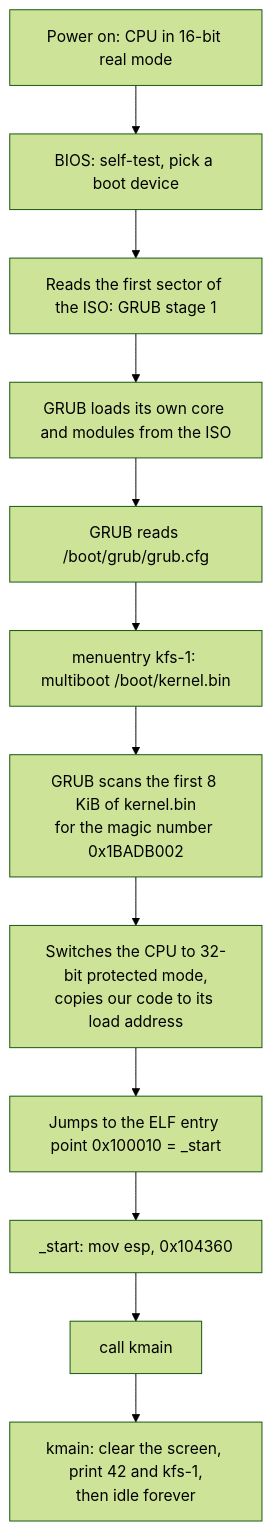
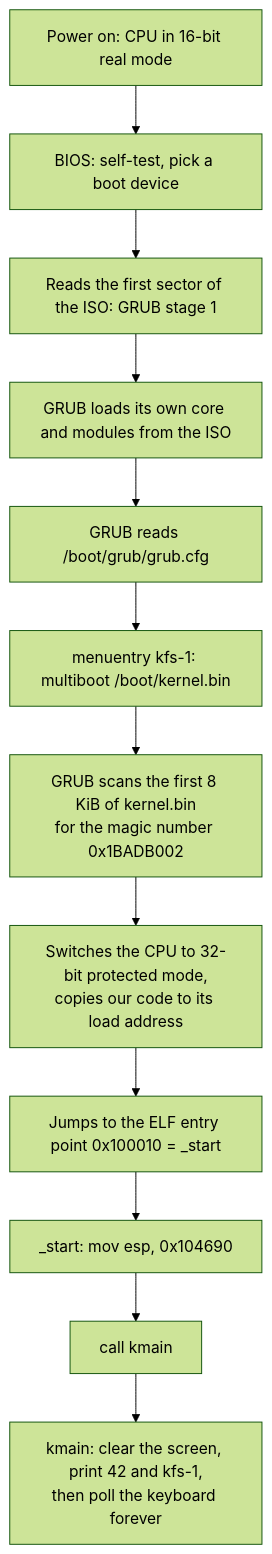
The diagram in docs/ARCHITECTURE.md (suiramdev/42-kfs), drawn with Mermaid (forest theme) before and after one commit. The commit also changed other lines of this file and 4 other files, not shown here.

````diff
--- a/docs/ARCHITECTURE.md
+++ b/docs/ARCHITECTURE.md
@@ -65,14 +71,14 @@
 ```mermaid
 graph TD
     A[Power on: CPU in 16-bit real mode] --> B[BIOS: self-test, pick a boot device]
     B --> C[Reads the first sector of the ISO: GRUB stage 1]
     C --> D[GRUB loads its own core and modules from the ISO]
     D --> E[GRUB reads /boot/grub/grub.cfg]
     E --> F[menuentry kfs-1: multiboot /boot/kernel.bin]
     F --> G[GRUB scans the first 8 KiB of kernel.bin<br/>for the magic number 0x1BADB002]
     G --> H[Switches the CPU to 32-bit protected mode,<br/>copies our code to its load address]
     H --> I[Jumps to the ELF entry point 0x100010 = _start]
-    I --> J[_start: mov esp, 0x104360]
+    I --> J[_start: mov esp, 0x104690]
     J --> K[call kmain]
-    K --> L[kmain: clear the screen, print 42 and kfs-1,<br/>then idle forever]
+    K --> L[kmain: clear the screen, print 42 and kfs-1,<br/>then poll the keyboard forever]
 ```
````
